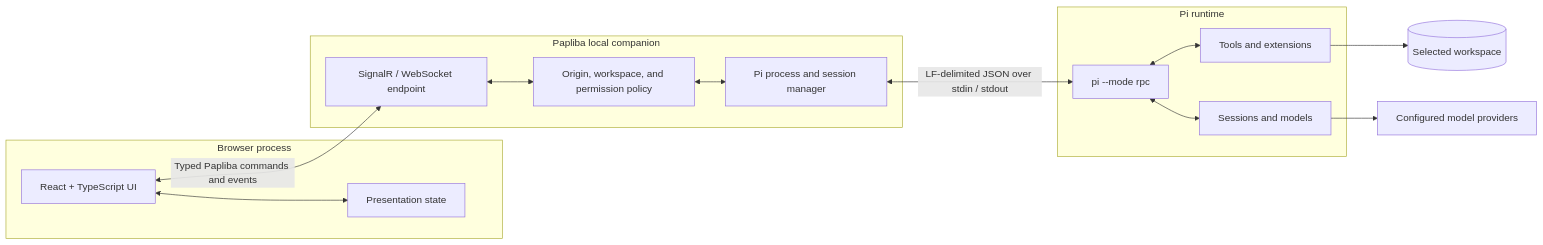
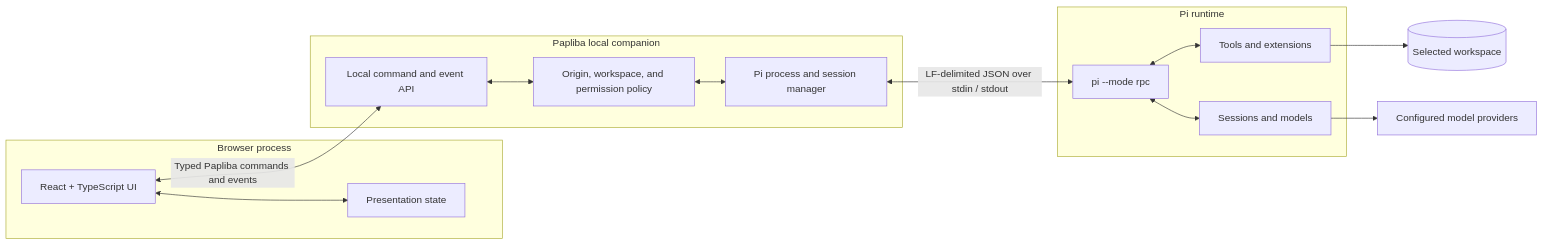
Before and after one commit to sunnybharne/papliba: the first of 2 diagrams in docs/ARCHITECTURE.md, drawn with Mermaid. The commit also changed other lines of this file and 25 other files, not shown here.

````diff
--- a/docs/ARCHITECTURE.md
+++ b/docs/ARCHITECTURE.md
@@ -17,29 +18,29 @@
 ```mermaid
 flowchart LR
     subgraph Browser[Browser process]
       UI[React + TypeScript UI]
       State[Presentation state]
       UI <--> State
     end
 
     subgraph Local[Papliba local companion]
-      Transport[SignalR / WebSocket endpoint]
+      Transport[Local command and event API]
       Policy[Origin, workspace, and permission policy]
       Process[Pi process and session manager]
       Transport <--> Policy
       Policy <--> Process
     end
 
     subgraph Runtime[Pi runtime]
       RPC[pi --mode rpc]
       Tools[Tools and extensions]
       Sessions[Sessions and models]
       RPC <--> Tools
       RPC <--> Sessions
     end
 
     UI <-->|Typed Papliba commands and events| Transport
     Process <-->|LF-delimited JSON over stdin / stdout| RPC
     Tools --> Workspace[(Selected workspace)]
     Sessions --> Providers[Configured model providers]
 ```
````
